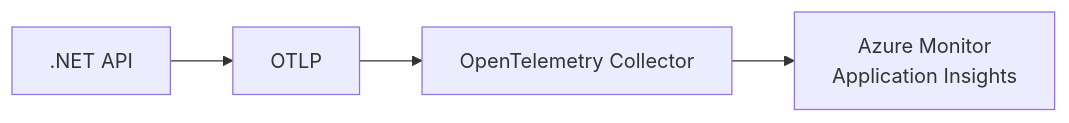
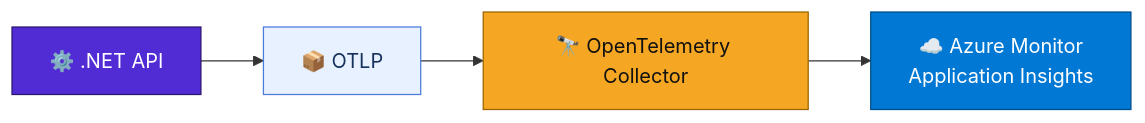
Before and after one commit to fnandop/aspire-apm-backends-pocs: the second of 5 diagrams in README.md, drawn with Mermaid. The commit also changed other lines of this file and 1 other file, not shown here.

````diff
--- a/README.md
+++ b/README.md
@@ -36,6 +47,15 @@
 ```mermaid
 graph LR
-    A[.NET API] --> B[OTLP]
-    B --> C[OpenTelemetry Collector]
-    C --> D[Azure Monitor<br/>Application Insights]
+    A["⚙️ .NET API"] --> B["📦 OTLP"]
+    B --> C["🔭 OpenTelemetry Collector"]
+    C --> D["☁️ Azure Monitor<br/>Application Insights"]
+
+    classDef app fill:#512BD4,stroke:#2b166f,color:#fff
+    classDef protocol fill:#E8F1FF,stroke:#4C7BD9,color:#16325C
+    classDef collector fill:#F5A623,stroke:#9A6400,color:#111
+    classDef azure fill:#0078D4,stroke:#004E8A,color:#fff
+    class A app
+    class B protocol
+    class C collector
+    class D azure
 ```
````
